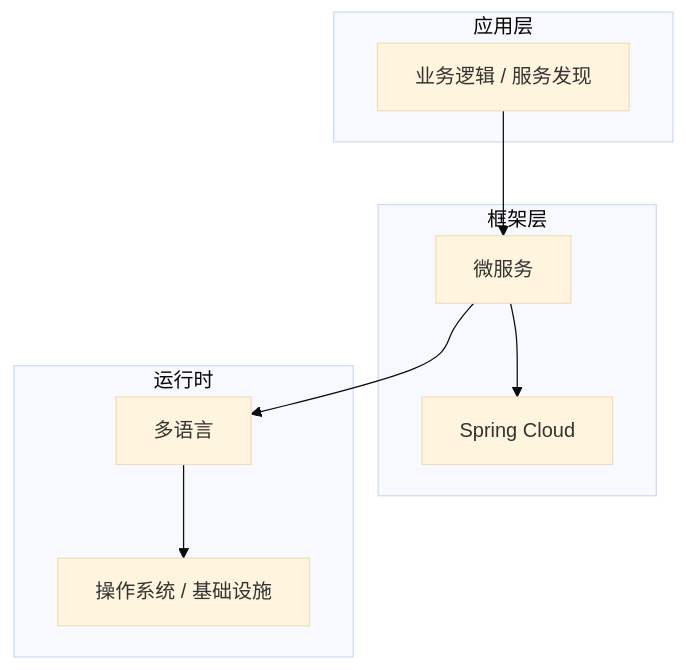
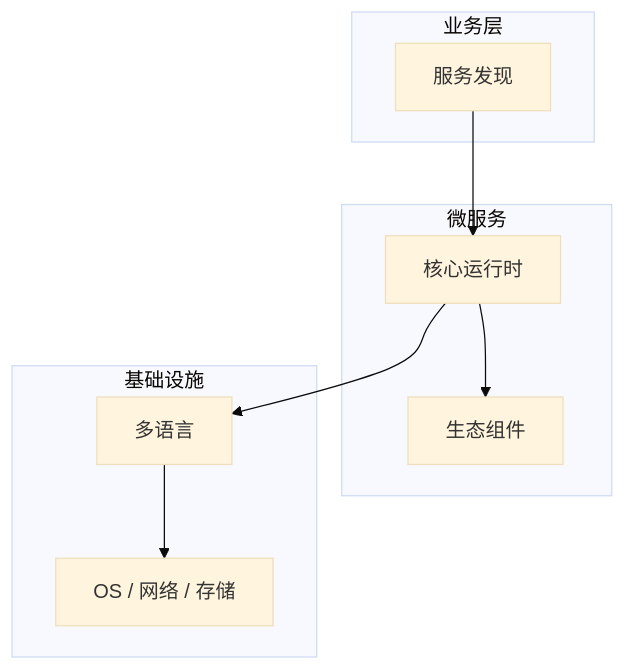
The diagram in articles/微服务架构/chapters/023-服务发现核心概念与原理.md (yanggan2015/knowledge-json-v2), drawn with Mermaid (base theme) before and after one commit. The commit also changed other lines of this file and 10127 other files, not shown here.

````diff
--- a/articles/微服务架构/chapters/023-服务发现核心概念与原理.md
+++ b/articles/微服务架构/chapters/023-服务发现核心概念与原理.md
@@ -45,18 +34,18 @@
 ```mermaid
 graph TB
-    subgraph 应用层
-        A[业务逻辑 / 服务发现]
+    subgraph 业务层
+        A[服务发现]
     end
-    subgraph 框架层
-        B[微服务]
-        C[Spring Cloud]
+    subgraph 微服务
+        B[核心运行时]
+        C[生态组件]
     end
-    subgraph 运行时
+    subgraph 基础设施
         D[多语言]
-        E[操作系统 / 基础设施]
+        E[OS / 网络 / 存储]
     end
     A --> B
     B --> C
     B --> D
     D --> E
 ```
````
